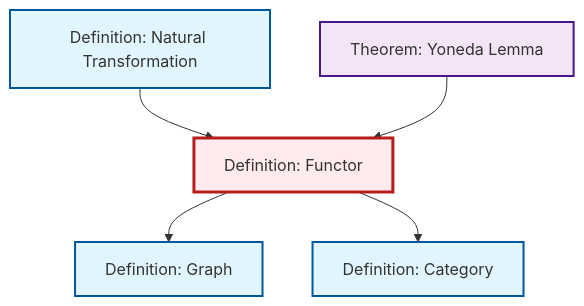
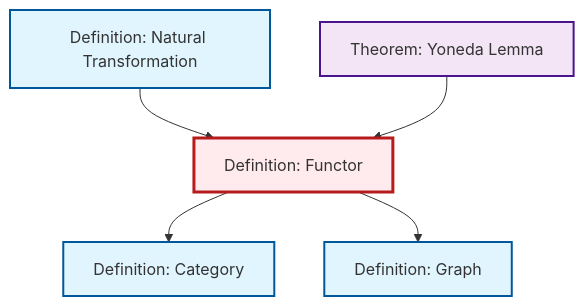
Before and after one commit to RK0429/ModernMath: the diagram in content/en/category-theory/def-functor.qmd, drawn with Mermaid. The commit also changed other lines of this file and 491 other files, not shown here.

````diff
--- a/content/en/category-theory/def-functor.qmd
+++ b/content/en/category-theory/def-functor.qmd
@@ -49,23 +49,23 @@
 ```{mermaid}
 %%| fig-cap: "Local dependency graph"
 graph TD
     classDef definition fill:#e1f5fe,stroke:#01579b,stroke-width:2px
     classDef theorem fill:#f3e5f5,stroke:#4a148c,stroke-width:2px
     classDef axiom fill:#fff3e0,stroke:#e65100,stroke-width:2px
     classDef example fill:#e8f5e9,stroke:#1b5e20,stroke-width:2px
     classDef current fill:#ffebee,stroke:#b71c1c,stroke-width:3px
+    def-functor["Definition: Functor"]:::definition
+    thm-yoneda["Theorem: Yoneda Lemma"]:::theorem
     def-natural-transformation["Definition: Natural Transformation"]:::definition
     def-category["Definition: Category"]:::definition
-    def-functor["Definition: Functor"]:::definition
-    thm-yoneda["Theorem: Yoneda Lemma"]:::theorem
     def-graph["Definition: Graph"]:::definition
+    def-functor --> def-category
     def-natural-transformation --> def-functor
+    def-functor --> def-graph
     thm-yoneda --> def-functor
-    def-functor --> def-graph
-    def-functor --> def-category
     class def-functor current
+    click thm-yoneda "thm-yoneda.html" "Go to Yoneda Lemma theorem"
     click def-natural-transformation "def-natural-transformation.html" "Go to Natural Transformation definition"
     click def-category "def-category.html" "Go to Category definition"
-    click thm-yoneda "thm-yoneda.html" "Go to Yoneda Lemma theorem"
     click def-graph "def-graph.html" "Go to Graph definition"
 ```
````
